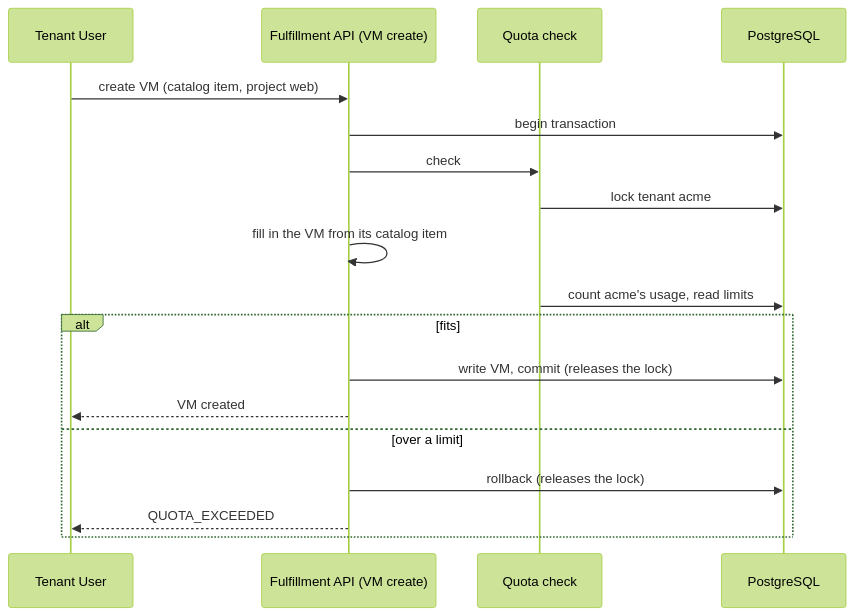
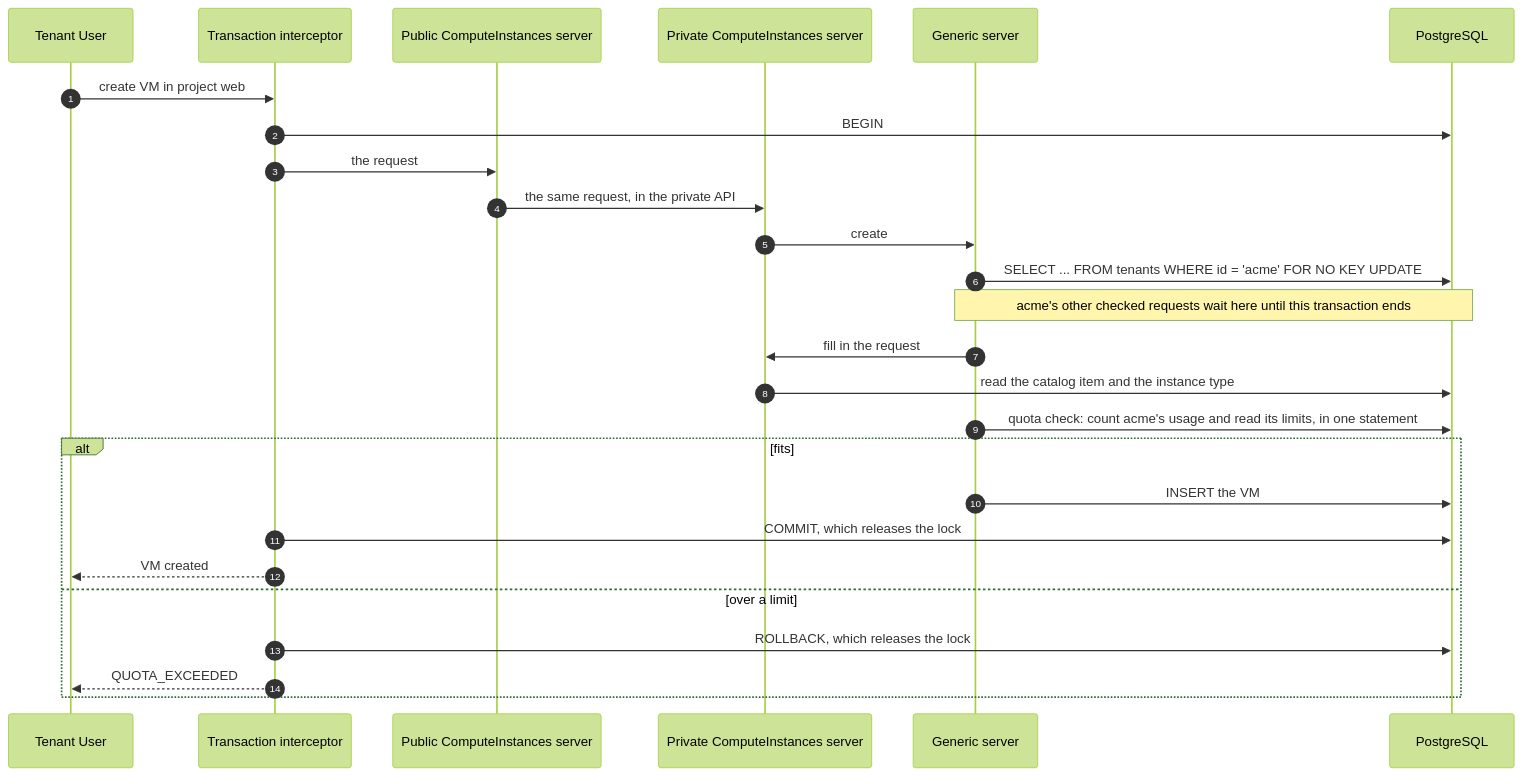
One commit to osac-project/enhancement-proposals changed the diagram in enhancements/OSAC-4500-quota-foundation/design.md. Above: the diagram before and after it, drawn with Mermaid (forest theme). The commit also changed other lines of this file, not shown here.

````diff
--- a/enhancements/OSAC-4500-quota-foundation/design.md
+++ b/enhancements/OSAC-4500-quota-foundation/design.md
@@ -107,20 +109,28 @@
 ```mermaid
 sequenceDiagram
+    autonumber
     participant U as Tenant User
-    participant H as Fulfillment API (VM create)
-    participant Q as Quota check
+    participant T as Transaction interceptor
+    participant P as Public ComputeInstances server
+    participant V as Private ComputeInstances server
+    participant G as Generic server
     participant DB as PostgreSQL
-    U->>H: create VM (catalog item, project web)
-    H->>DB: begin transaction
-    H->>Q: check
-    Q->>DB: lock tenant acme
-    H->>H: fill in the VM from its catalog item
-    Q->>DB: count acme's usage, read limits
+    U->>T: create VM in project web
+    T->>DB: BEGIN
+    T->>P: the request
+    P->>V: the same request, in the private API
+    V->>G: create
+    G->>DB: SELECT ... FROM tenants WHERE id = 'acme' FOR NO KEY UPDATE
+    Note over G,DB: acme's other checked requests wait here until this transaction ends
+    G->>V: fill in the request
+    V->>DB: read the catalog item and the instance type
+    G->>DB: quota check: count acme's usage and read its limits, in one statement
     alt fits
-        H->>DB: write VM, commit (releases the lock)
-        H-->>U: VM created
+        G->>DB: INSERT the VM
+        T->>DB: COMMIT, which releases the lock
+        T-->>U: VM created
     else over a limit
-        H->>DB: rollback (releases the lock)
-        H-->>U: QUOTA_EXCEEDED
+        T->>DB: ROLLBACK, which releases the lock
+        T-->>U: QUOTA_EXCEEDED
     end
 ```
````
